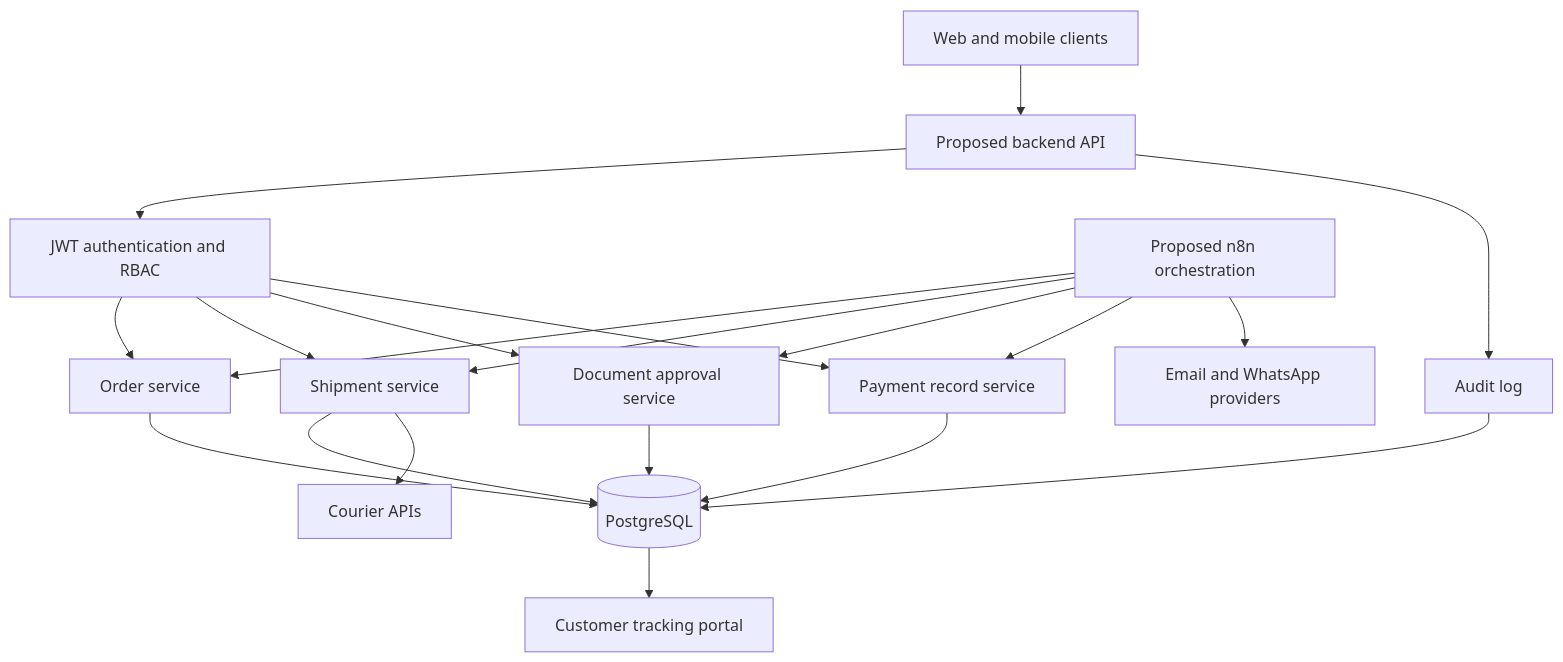
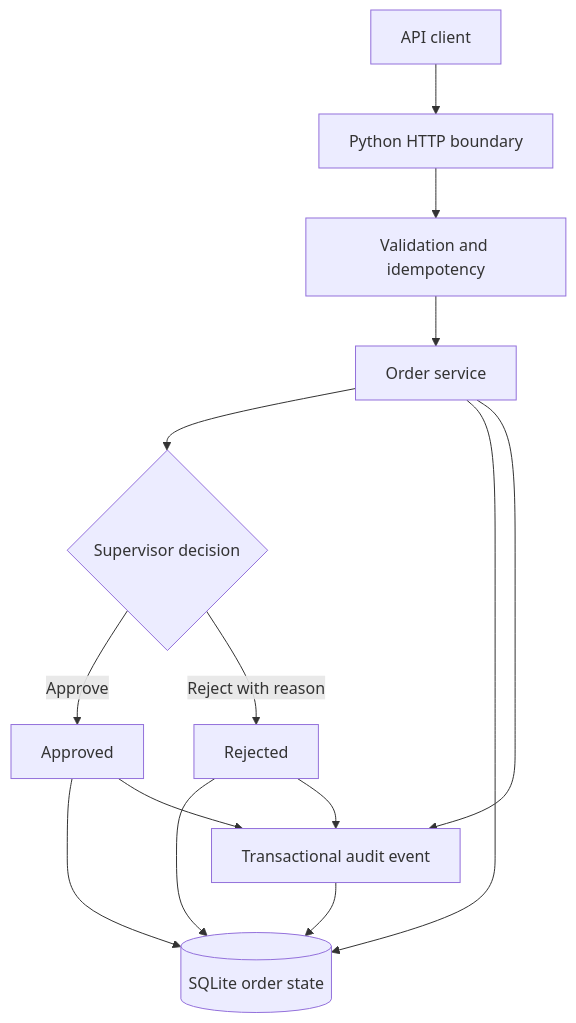
Before and after one commit to oyekola-ololade/SwiftRoute: the diagram in README.md, drawn with Mermaid. The commit also changed other lines of this file and 23 other files, not shown here.

````diff
--- a/README.md
+++ b/README.md
@@ -28,22 +27,16 @@
 ```mermaid
 flowchart TD
-    U["Web and mobile clients"] --> API["Proposed backend API"]
-    API --> AUTH["JWT authentication and RBAC"]
-    AUTH --> ORD["Order service"]
-    AUTH --> SHIP["Shipment service"]
-    AUTH --> DOC["Document approval service"]
-    AUTH --> PAY["Payment record service"]
-    ORD --> DB[("PostgreSQL")]
-    SHIP --> DB
-    DOC --> DB
-    PAY --> DB
-    API --> AUDIT["Audit log"]
-    AUDIT --> DB
-    N8N["Proposed n8n orchestration"] --> ORD
-    N8N --> SHIP
-    N8N --> DOC
-    N8N --> PAY
-    SHIP --> COURIER["Courier APIs"]
-    N8N --> MSG["Email and WhatsApp providers"]
-    DB --> PORTAL["Customer tracking portal"]
+    C["API client"] --> H["Python HTTP boundary"]
+    H --> V["Validation and idempotency"]
+    V --> O["Order service"]
+    O --> R{"Supervisor decision"}
+    R -->|Approve| A["Approved"]
+    R -->|Reject with reason| X["Rejected"]
+    O --> DB[("SQLite order state")]
+    A --> DB
+    X --> DB
+    O --> E["Transactional audit event"]
+    A --> E
+    X --> E
+    E --> DB
 ```
````
